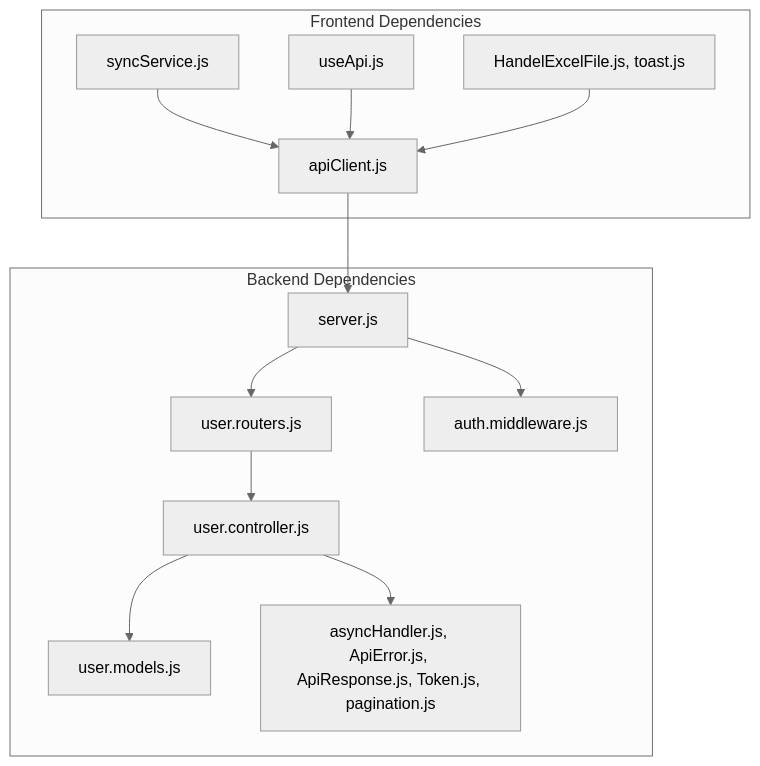
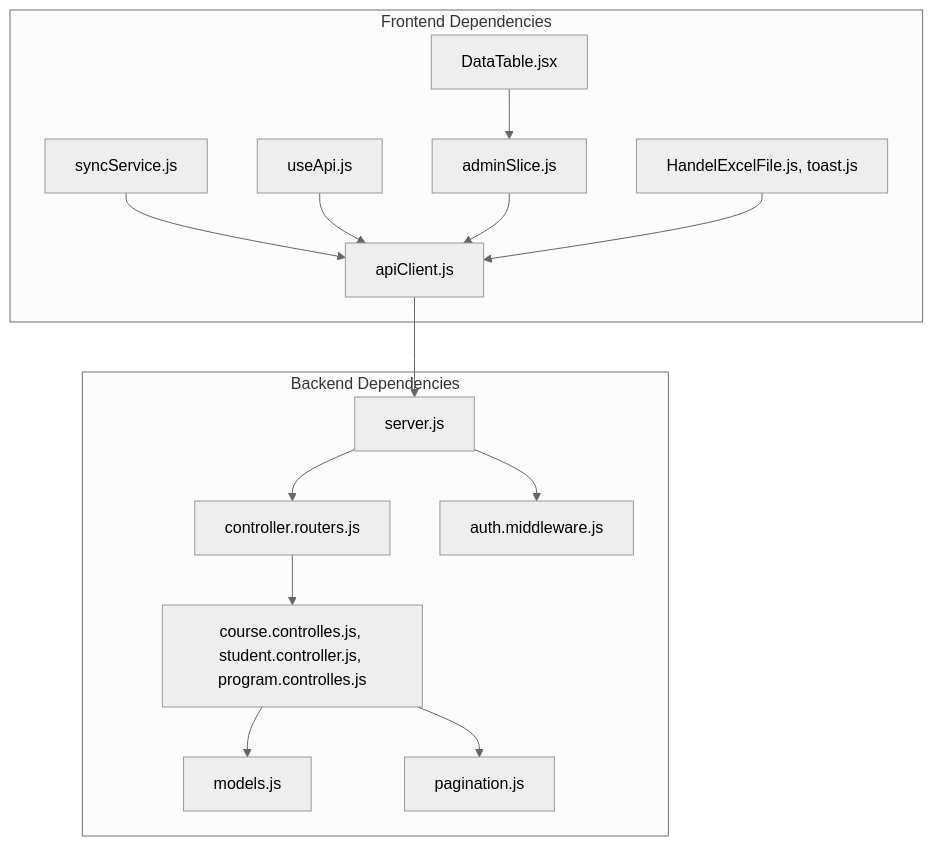
Diagram 12 of 12 in .qoder/repowiki/en/content/Backend Architecture/New Services & Utilities.md (Aryan9060/Timetable-Project), drawn with Mermaid (neutral theme) before and after one commit. The commit also changed other lines of this file and 2 other files, not shown here.

````diff
--- a/.qoder/repowiki/en/content/Backend Architecture/New Services & Utilities.md
+++ b/.qoder/repowiki/en/content/Backend Architecture/New Services & Utilities.md
@@ -371,16 +520,18 @@
 ```mermaid
 graph TB
 subgraph "Backend Dependencies"
-BE_Server["server.js"] --> BE_Routes["user.routers.js"]
-BE_Routes --> BE_Controller["user.controller.js"]
-BE_Controller --> BE_Model["user.models.js"]
-BE_Controller --> BE_Utils["asyncHandler.js, ApiError.js, ApiResponse.js, Token.js, pagination.js"]
+BE_Server["server.js"] --> BE_Routes["controller.routers.js"]
+BE_Routes --> BE_Controller["course.controlles.js, student.controller.js, program.controlles.js"]
+BE_Controller --> BE_Model["models.js"]
+BE_Controller --> BE_Utils["pagination.js"]
 BE_Server --> BE_MW["auth.middleware.js"]
 end
 subgraph "Frontend Dependencies"
 FE_Client["apiClient.js"] --> BE_Server
 FE_Sync["syncService.js"] --> FE_Client
 FE_Hooks["useApi.js"] --> FE_Client
+FE_Store["adminSlice.js"] --> FE_Client
+FE_DataTable["DataTable.jsx"] --> FE_Store
 FE_Utils["HandelExcelFile.js, toast.js"] --> FE_Client
 end
 ```
````
